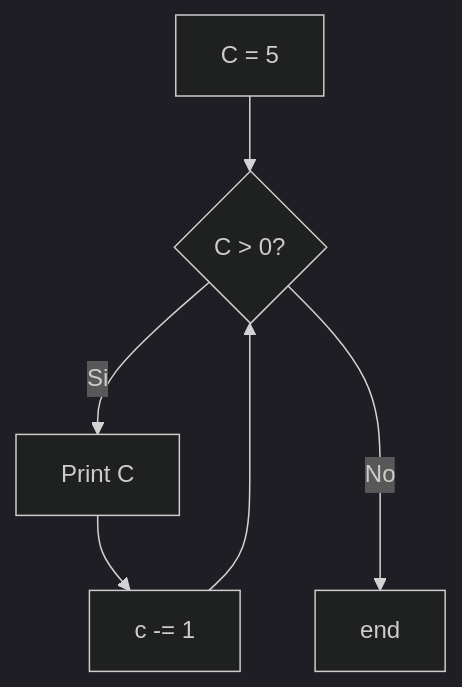
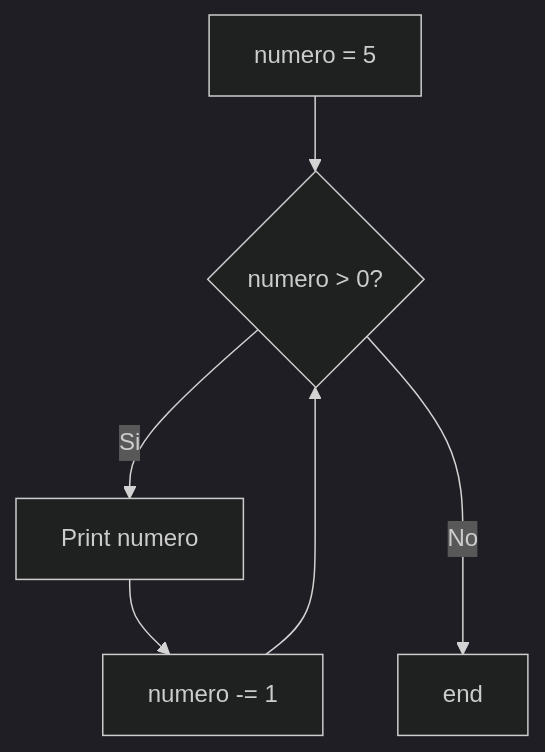
The diagram in diagramas_ejercicios/Ejercicio5.md (Chabok52/TP_8), drawn with Mermaid (dark theme) before and after one commit. The commit also changed other lines of this file, not shown here.

````diff
--- a/diagramas_ejercicios/Ejercicio5.md
+++ b/diagramas_ejercicios/Ejercicio5.md
@@ -2,8 +2,8 @@
 ```mermaid
 flowchart TD
-    A[C = 5] --> B{C > 0?}
-    B --> |Si| C[Print C]
-    C --> D[c -= 1]
+    A[numero = 5] --> B{numero > 0?}
+    B --> |Si| C[Print numero]
+    C --> D[numero -= 1]
     D --> B
     B --->|No| E[end]
 ```
````
